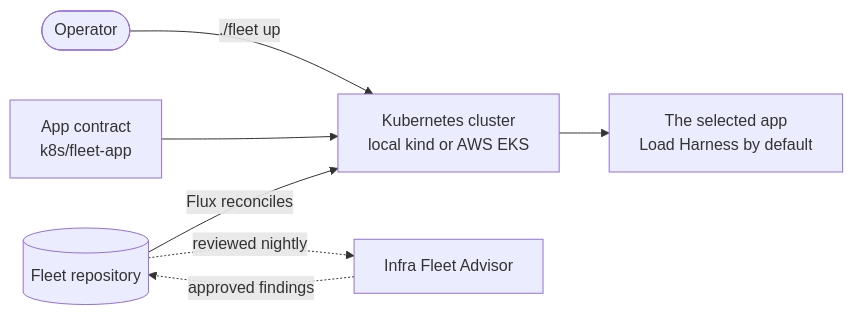
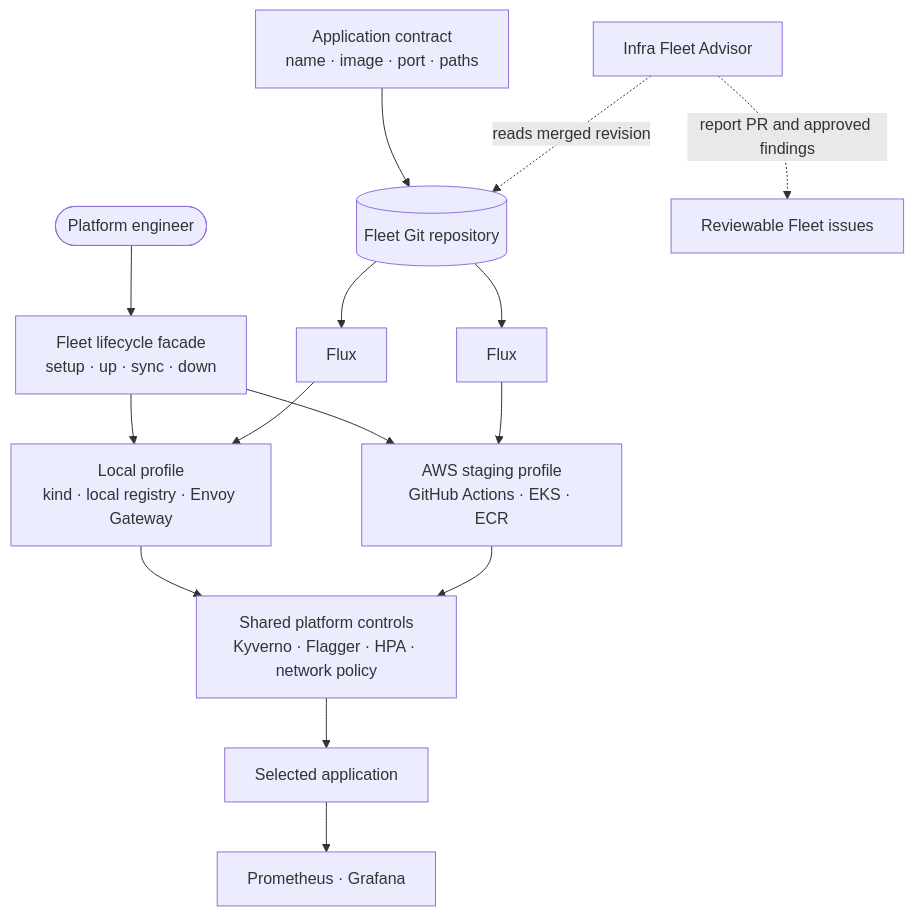
Before and after one commit to ImranAdan/infra-fleet-public: the diagram in README.md, drawn with Mermaid. The commit also changed other lines of this file, not shown here.

Commit message:
docs: rewrite fleet engineering overview

````diff
--- a/README.md
+++ b/README.md
@@ -175,9 +119,20 @@
 ```mermaid
-flowchart LR
-    Operator([Operator]) -->|"./fleet up"| Cluster
-    Repo[("Fleet repository")] -->|Flux reconciles| Cluster["Kubernetes cluster<br/>local kind or AWS EKS"]
-    Contract["App contract<br/>k8s/fleet-app"] --> Cluster
-    Cluster --> App["The selected app<br/>Load Harness by default"]
-    Repo -.->|reviewed nightly| Advisor["Infra Fleet Advisor"]
-    Advisor -.->|approved findings| Repo
+flowchart TB
+    Operator([Platform engineer]) --> CLI["Fleet lifecycle facade<br/>setup · up · sync · down"]
+    CLI --> Local["Local profile<br/>kind · local registry · Envoy Gateway"]
+    CLI --> AWS["AWS staging profile<br/>GitHub Actions · EKS · ECR"]
+
+    Repo[(Fleet Git repository)] --> FluxLocal[Flux]
+    Repo --> FluxAWS[Flux]
+    FluxLocal --> Local
+    FluxAWS --> AWS
+
+    Contract["Application contract<br/>name · image · port · paths"] --> Repo
+    Local --> Platform["Shared platform controls<br/>Kyverno · Flagger · HPA · network policy"]
+    AWS --> Platform
+    Platform --> App[Selected application]
+    App --> Signals["Prometheus · Grafana"]
+
+    Advisor[Infra Fleet Advisor] -. reads merged revision .-> Repo
+    Advisor -. report PR and approved findings .-> Work[Reviewable Fleet issues]
 ```
````
